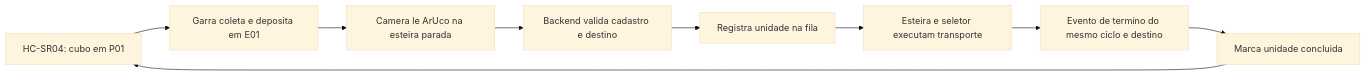
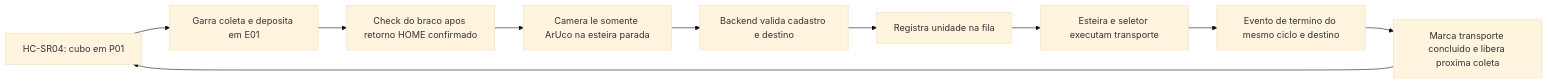
The diagram in docs/operacao-fila.md (juletopi/inteliEsteira), drawn with Mermaid (base theme) before and after one commit. The commit also changed other lines of this file and 34 other files, not shown here.

````diff
--- a/docs/operacao-fila.md
+++ b/docs/operacao-fila.md
@@ -6,11 +6,12 @@
 ```mermaid
 flowchart LR
     P[HC-SR04: cubo em P01] --> G[Garra coleta e deposita em E01]
-    G --> C[Camera le ArUco na esteira parada]
+    G --> B[Check do braco apos retorno HOME confirmado]
+    B --> C[Camera le somente ArUco na esteira parada]
     C --> V[Backend valida cadastro e destino]
     V --> Q[Registra unidade na fila]
     Q --> T[Esteira e seletor executam transporte]
     T --> E[Evento de termino do mesmo ciclo e destino]
-    E --> F[Marca unidade concluida]
+    E --> F[Marca transporte concluido e libera proxima coleta]
     F --> P
 ```
````
